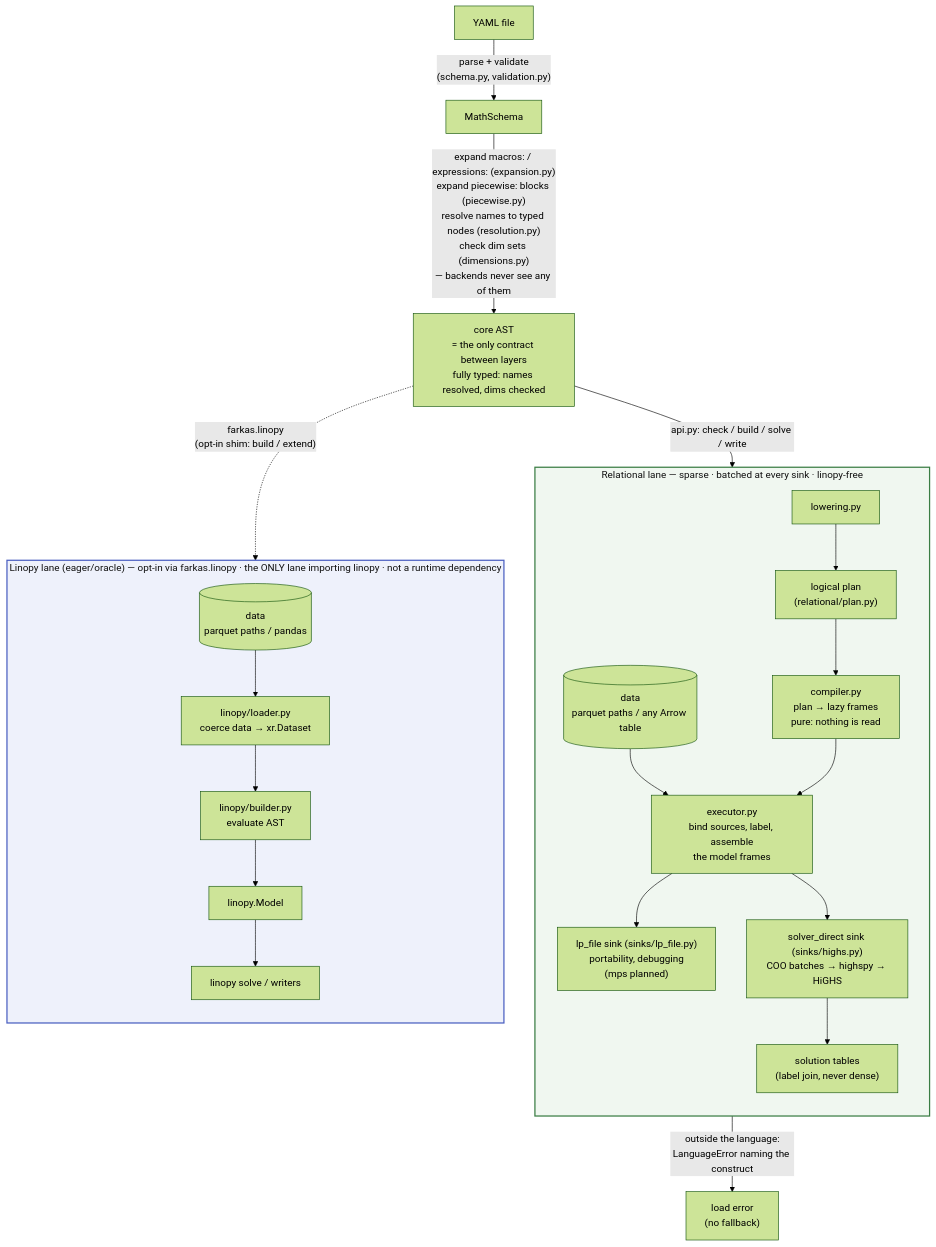
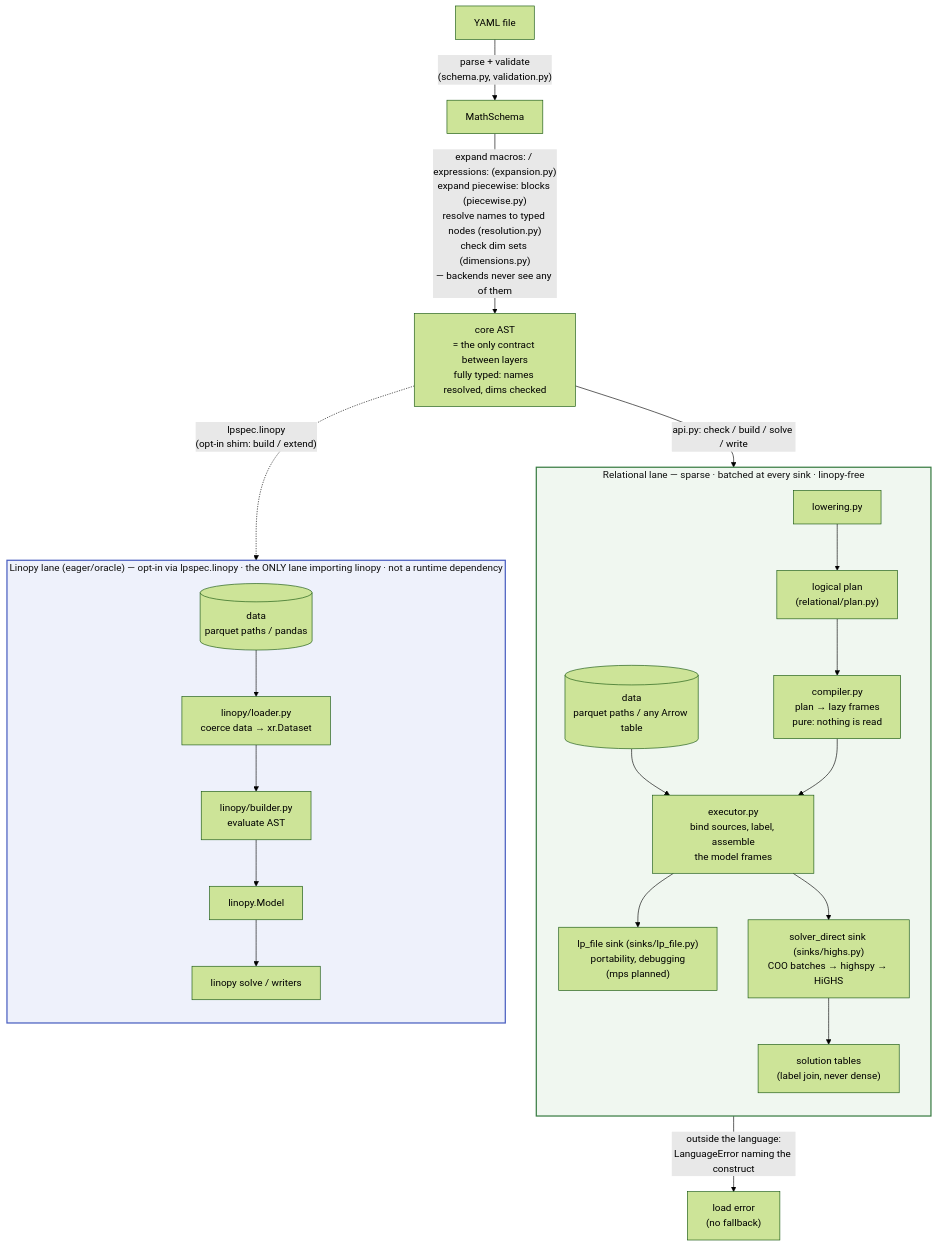
One commit to FBumann/farkas changed the first of 2 diagrams in docs/ARCHITECTURE.md. Above: the diagram before and after it, drawn with Mermaid (forest theme). The commit also changed other lines of this file and 172 other files, not shown here.

First line of the commit message:
refactor: rename the package to lpspec, drop the farkas branding

````diff
--- a/docs/ARCHITECTURE.md
+++ b/docs/ARCHITECTURE.md
@@ -26,31 +26,31 @@
 ```mermaid
 flowchart TB
     Y[YAML file] -->|"parse + validate<br/>(schema.py, validation.py)"| MS[MathSchema]
     MS -->|"expand macros: / expressions: (expansion.py)<br/>expand piecewise: blocks (piecewise.py)<br/>resolve names to typed nodes (resolution.py)<br/>check dim sets (dimensions.py)<br/>— backends never see any of them"| AST["core AST<br/>= the only contract between layers<br/>fully typed: names resolved, dims checked"]
     AST -->|"api.py: check / build / solve / write"| LOWER
-    AST -.->|"farkas.linopy<br/>(opt-in shim: build / extend)"| BUILD
+    AST -.->|"lpspec.linopy<br/>(opt-in shim: build / extend)"| BUILD
     LOWER -->|"outside the language:<br/>LanguageError naming the construct"| ERR["load error<br/>(no fallback)"]
 
     subgraph REL["Relational lane — sparse · batched at every sink · linopy-free"]
         direction TB
         LOWER["lowering.py"] --> PLAN["logical plan<br/>(relational/plan.py)"]
         PLAN --> COMP["compiler.py<br/>plan → lazy frames<br/>pure: nothing is read"]
         DR[("data<br/>parquet paths / any Arrow table")] --> EXEC
         COMP --> EXEC["executor.py<br/>bind sources, label, assemble<br/>the model frames"]
         EXEC --> LPS["lp_file sink (sinks/lp_file.py)<br/>portability, debugging<br/>(mps planned)"]
         EXEC --> DIRECT["solver_direct sink (sinks/highs.py)<br/>COO batches → highspy → HiGHS"]
         DIRECT --> SOL["solution tables<br/>(label join, never dense)"]
     end
 
-    subgraph EAGER["Linopy lane (eager/oracle) — opt-in via farkas.linopy · the ONLY lane importing linopy · not a runtime dependency"]
+    subgraph EAGER["Linopy lane (eager/oracle) — opt-in via lpspec.linopy · the ONLY lane importing linopy · not a runtime dependency"]
         direction TB
         DE[("data<br/>parquet paths / pandas")] --> LOAD["linopy/loader.py<br/>coerce data → xr.Dataset"]
         LOAD --> BUILD["linopy/builder.py<br/>evaluate AST"]
         BUILD --> MODEL[linopy.Model] --> SOLVE["linopy solve / writers"]
     end
 
     classDef laneR fill:#f0f7f0,stroke:#3a7d44,stroke-width:2px,color:#111
     classDef laneE fill:#eef1fb,stroke:#4a5fc1,stroke-width:2px,color:#111
     class REL laneR
     class EAGER laneE
 ```
````
